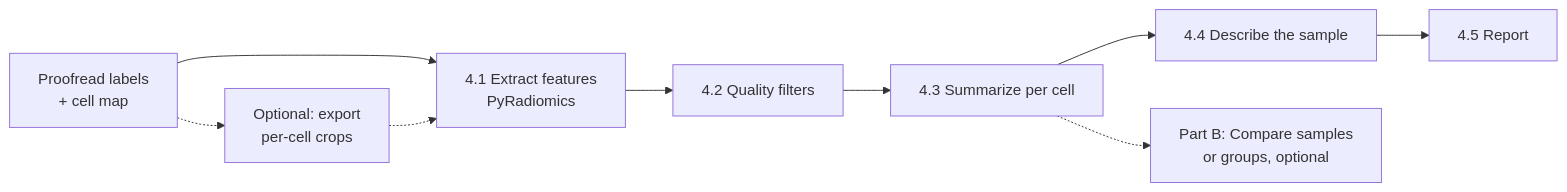
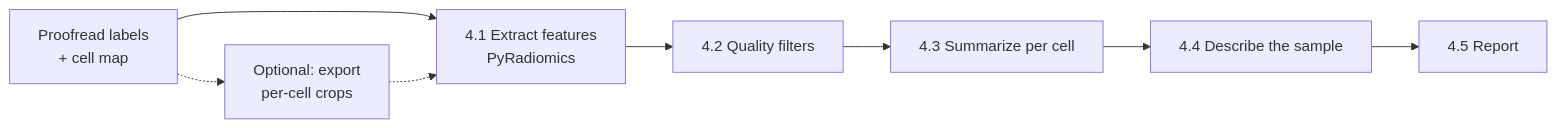
One commit to risakawasaki/vEM-workflow changed the diagram in docs/04-statistical-analysis.md. Above: the diagram before and after it, drawn with Mermaid. The commit also changed other lines of this file, not shown here.

````diff
--- a/docs/04-statistical-analysis.md
+++ b/docs/04-statistical-analysis.md
@@ -26,10 +27,9 @@
 ```mermaid
 flowchart LR
     A[Proofread labels<br/>+ cell map] --> B[4.1 Extract features<br/>PyRadiomics]
     A -.-> X[Optional: export<br/>per-cell crops] -.-> B
     B --> C[4.2 Quality filters]
     C --> D[4.3 Summarize per cell]
     D --> E[4.4 Describe the sample]
     E --> F[4.5 Report]
-    D -.-> G[Part B: Compare samples<br/>or groups, optional]
 ```
````
